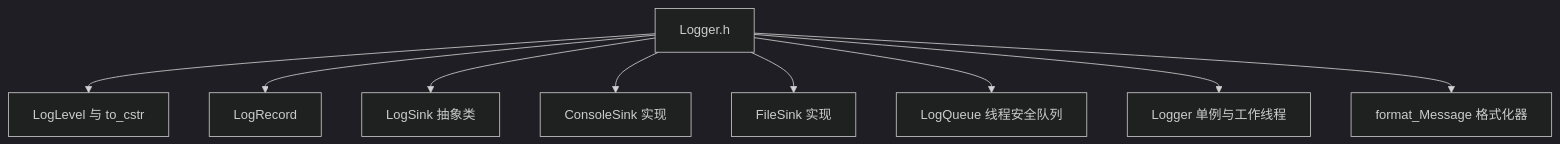
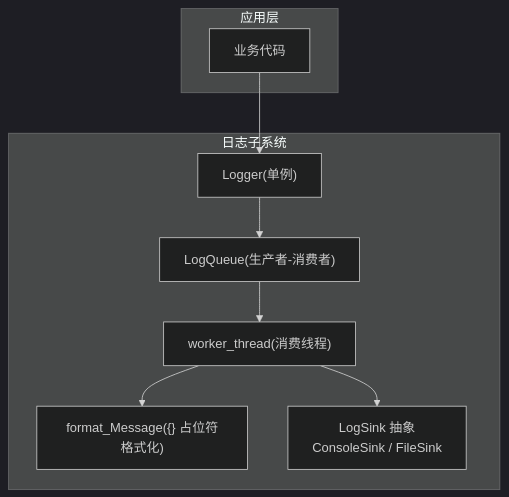
The first of 7 diagrams in .qoder/repowiki/zh/content/日志系统.md (Lukad77/awr1843-radar-toolkit), drawn with Mermaid (dark theme) before and after one commit. The commit also changed other lines of this file and 106 other files, not shown here.

````diff
--- a/.qoder/repowiki/zh/content/日志系统.md
+++ b/.qoder/repowiki/zh/content/日志系统.md
@@ -37,11 +31,18 @@
 ```mermaid
 graph TB
-A["Logger.h"] --> B["LogLevel 与 to_cstr"]
-A --> C["LogRecord"]
-A --> D["LogSink 抽象类"]
-A --> E["ConsoleSink 实现"]
-A --> F["FileSink 实现"]
-A --> G["LogQueue 线程安全队列"]
-A --> H["Logger 单例与工作线程"]
-A --> I["format_Message 格式化器"]
+subgraph "应用层"
+App["业务代码"]
+end
+subgraph "日志子系统"
+Logger["Logger(单例)"]
+Queue["LogQueue(生产者-消费者)"]
+Worker["worker_thread(消费线程)"]
+Formatter["format_Message({} 占位符格式化)"]
+Sinks["LogSink 抽象<br/>ConsoleSink / FileSink"]
+end
+App --> Logger
+Logger --> Queue
+Queue --> Worker
+Worker --> Formatter
+Worker --> Sinks
 ```
````
